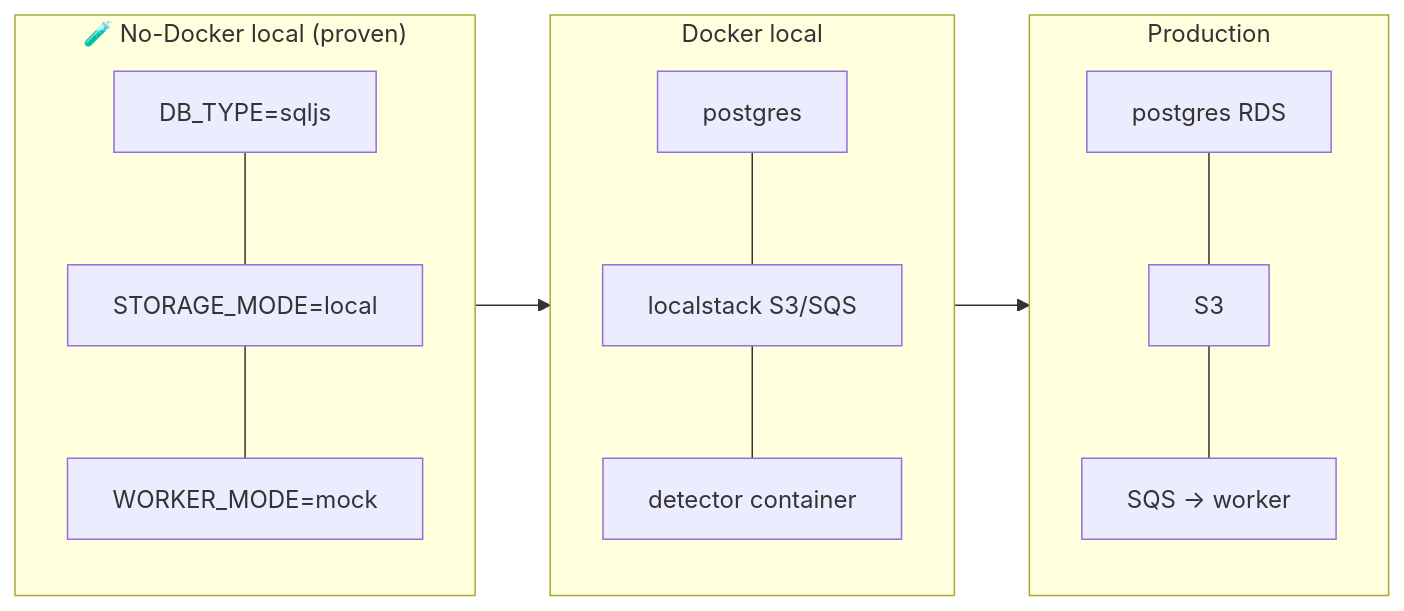
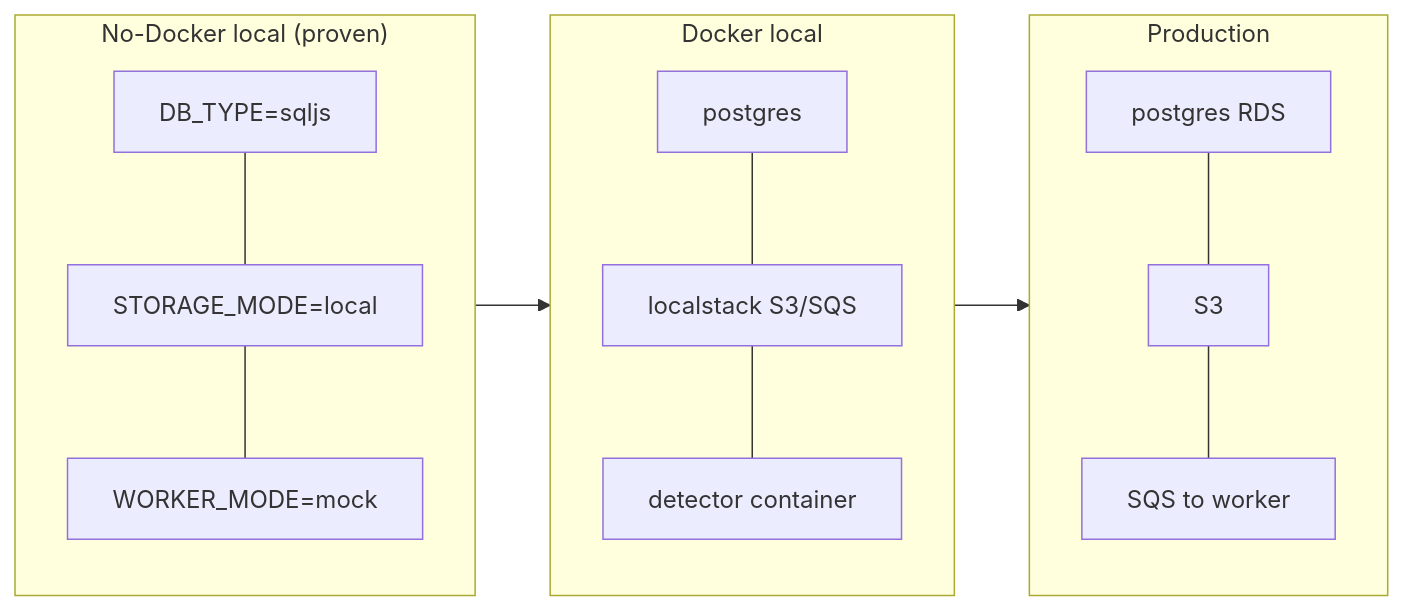
The tenth of 11 diagrams in docs/ARCHITECTURE.md (cubito1080/orcherstrator_wholeFoods), drawn with Mermaid before and after one commit. The commit also changed other lines of this file and 9 other files, not shown here.

````diff
--- a/docs/ARCHITECTURE.md
+++ b/docs/ARCHITECTURE.md
@@ -373,13 +373,13 @@
 ```mermaid
 flowchart LR
-    subgraph local["🧪 No-Docker local (proven)"]
+    subgraph localMode["No-Docker local (proven)"]
         L1[DB_TYPE=sqljs] --- L2[STORAGE_MODE=local] --- L3[WORKER_MODE=mock]
     end
-    subgraph dockerlocal["Docker local"]
+    subgraph dockerLocal["Docker local"]
         D1[postgres] --- D2[localstack S3/SQS] --- D3[detector container]
     end
-    subgraph prod["Production"]
-        P1[postgres RDS] --- P2[S3] --- P3[SQS → worker]
+    subgraph prodMode["Production"]
+        P1[postgres RDS] --- P2[S3] --- P3[SQS to worker]
     end
-    local --> dockerlocal --> prod
+    localMode --> dockerLocal --> prodMode
 ```
````
